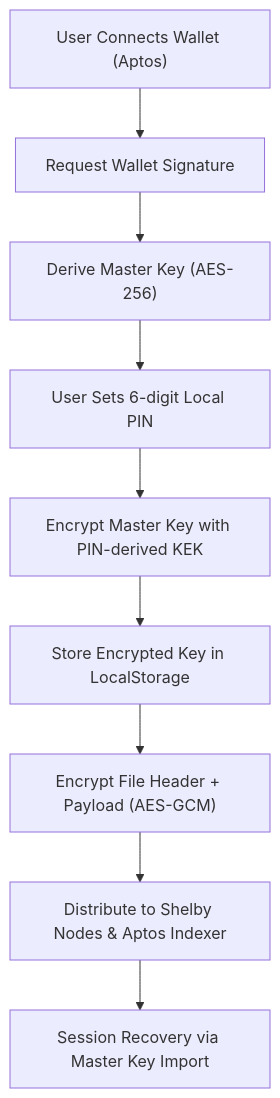
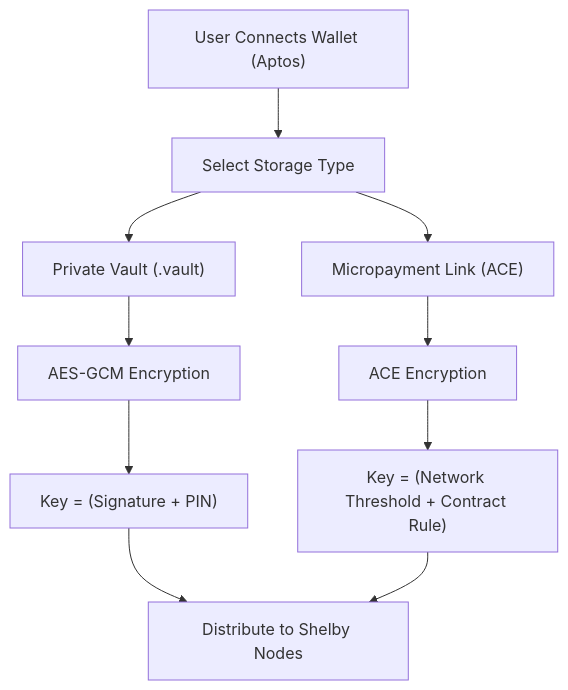
The diagram in README.md (Zaynsky12/soobinvault), drawn with Mermaid before and after one commit. The commit also changed other lines of this file, not shown here.

Commit message:
docs: overhaul README to reflect dual-pillar architecture

````diff
--- a/README.md
+++ b/README.md
@@ -39,11 +30,15 @@
 ```mermaid
 graph TD
-    A["User Connects Wallet (Aptos)"] --> B["Request Wallet Signature"]
-    B --> C["Derive Master Key (AES-256)"]
-    C --> D["User Sets 6-digit Local PIN"]
-    D --> E["Encrypt Master Key with PIN-derived KEK"]
-    E --> F["Store Encrypted Key in LocalStorage"]
-    F --> G["Encrypt File Header + Payload (AES-GCM)"]
-    G --> H["Distribute to Shelby Nodes & Aptos Indexer"]
-    H --> I["Session Recovery via Master Key Import"]
+    A["User Connects Wallet (Aptos)"] --> B["Select Storage Type"]
+    B --> C1["Private Vault (.vault)"]
+    B --> C2["Micropayment Link (ACE)"]
+    
+    C1 --> D1["AES-GCM Encryption"]
+    D1 --> E1["Key = (Signature + PIN)"]
+    
+    C2 --> D2["ACE Encryption"]
+    D2 --> E2["Key = (Network Threshold + Contract Rule)"]
+    
+    E1 --> F["Distribute to Shelby Nodes"]
+    E2 --> F
 ```
````
